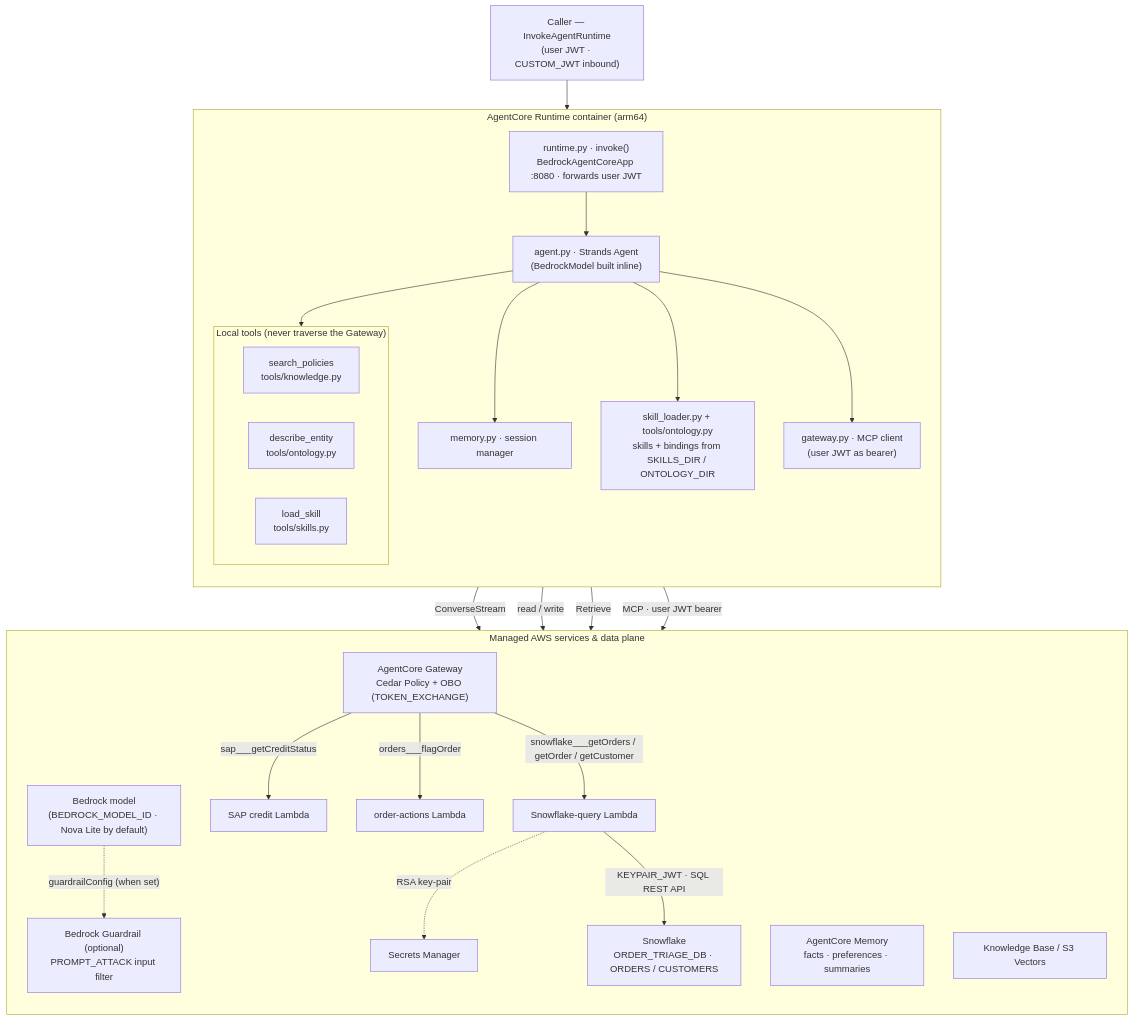
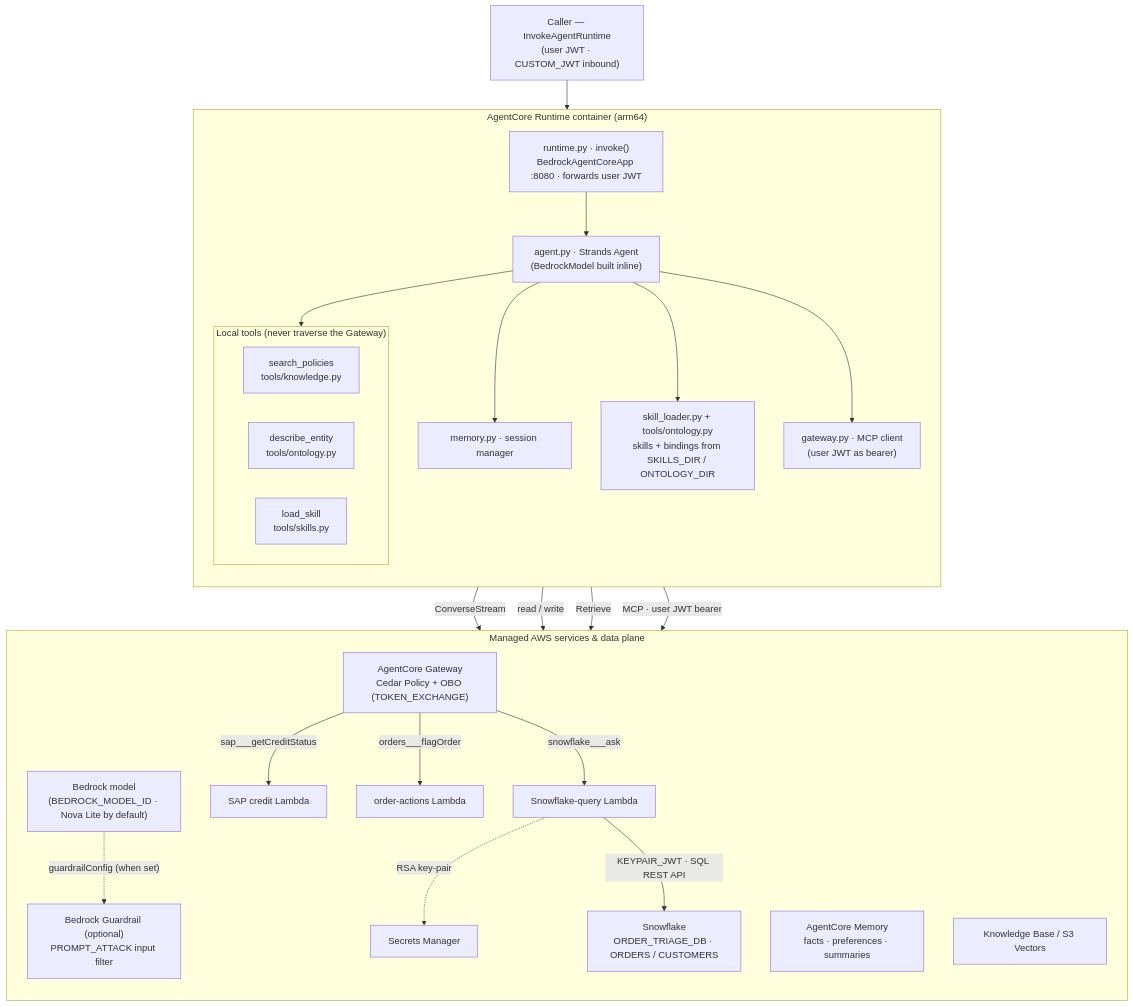
Before and after one commit to aniryou/bedrock-demo: the first of 4 diagrams in agent/README.md, drawn with Mermaid. The commit also changed other lines of this file and 10 other files, not shown here.

First line of the commit message:
feat: incorporate snowflake Cortex /ask + self-checking gateway contract

````diff
--- a/agent/README.md
+++ b/agent/README.md
@@ -107,50 +107,50 @@
 ```mermaid
 flowchart TB
     caller["Caller — InvokeAgentRuntime<br/>(user JWT · CUSTOM_JWT inbound)"]
 
     subgraph container["AgentCore Runtime container (arm64)"]
         direction TB
         entry["runtime.py · invoke()<br/>BedrockAgentCoreApp :8080 · forwards user JWT"]
         agent["agent.py · Strands Agent<br/>(BedrockModel built inline)"]
         memmgr["memory.py · session manager"]
         loaders["skill_loader.py + tools/ontology.py<br/>skills + bindings from SKILLS_DIR / ONTOLOGY_DIR"]
         gwc["gateway.py · MCP client<br/>(user JWT as bearer)"]
         subgraph localtools["Local tools (never traverse the Gateway)"]
             direction LR
             kt["search_policies<br/>tools/knowledge.py"]
             de["describe_entity<br/>tools/ontology.py"]
             ls["load_skill<br/>tools/skills.py"]
         end
     end
 
     subgraph ext["Managed AWS services & data plane"]
         direction TB
         bedrock["Bedrock model<br/>(BEDROCK_MODEL_ID · Nova Lite by default)"]
         guard["Bedrock Guardrail (optional)<br/>PROMPT_ATTACK input filter"]
         mem["AgentCore Memory<br/>facts · preferences · summaries"]
         kb["Knowledge Base / S3 Vectors"]
         gw["AgentCore Gateway<br/>Cedar Policy + OBO (TOKEN_EXCHANGE)"]
         sap["SAP credit Lambda"]
         ord["order-actions Lambda"]
         sfl["Snowflake-query Lambda"]
         sm["Secrets Manager"]
         snow["Snowflake<br/>ORDER_TRIAGE_DB · ORDERS / CUSTOMERS"]
     end
 
     caller --> entry --> agent
     agent --> memmgr
     agent --> loaders
     agent --> localtools
     agent --> gwc
 
     agent -->|ConverseStream| bedrock
     bedrock -.->|"guardrailConfig (when set)"| guard
     memmgr -->|"read / write"| mem
     kt -->|Retrieve| kb
     gwc -->|"MCP · user JWT bearer"| gw
     gw -->|"sap___getCreditStatus"| sap
     gw -->|"orders___flagOrder"| ord
-    gw -->|"snowflake___getOrders / getOrder / getCustomer"| sfl
+    gw -->|"snowflake___ask"| sfl
     sfl -. "RSA key-pair" .-> sm
     sfl -->|"KEYPAIR_JWT · SQL REST API"| snow
 ```
````
